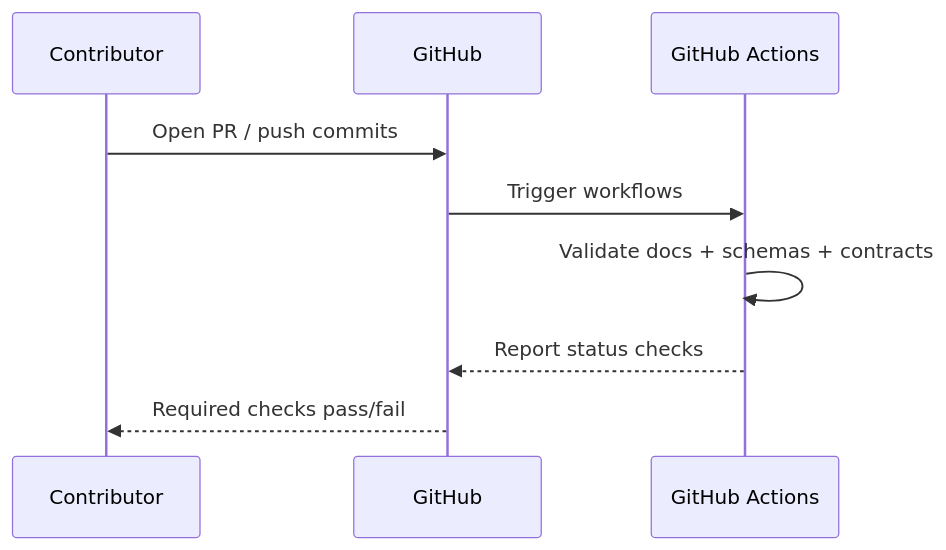
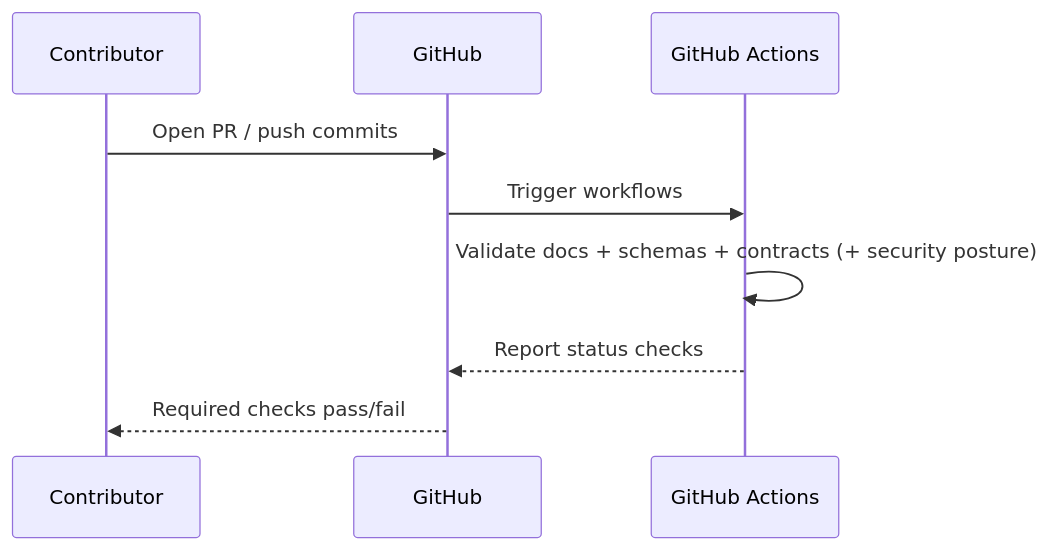
The second of 2 diagrams in .github/README.md (bartytime4life/Kansas-Frontier-Matrix), drawn with Mermaid before and after one commit. The commit also changed other lines of this file, not shown here.

```diff
--- a/.github/README.md
+++ b/.github/README.md
@@ -198,11 +259,11 @@
 ~~~mermaid
 sequenceDiagram
   participant Dev as Contributor
   participant GH as GitHub
   participant CI as GitHub Actions
   Dev->>GH: Open PR / push commits
   GH->>CI: Trigger workflows
-  CI->>CI: Validate docs + schemas + contracts
+  CI->>CI: Validate docs + schemas + contracts (+ security posture)
   CI-->>GH: Report status checks
   GH-->>Dev: Required checks pass/fail
 ~~~
```
